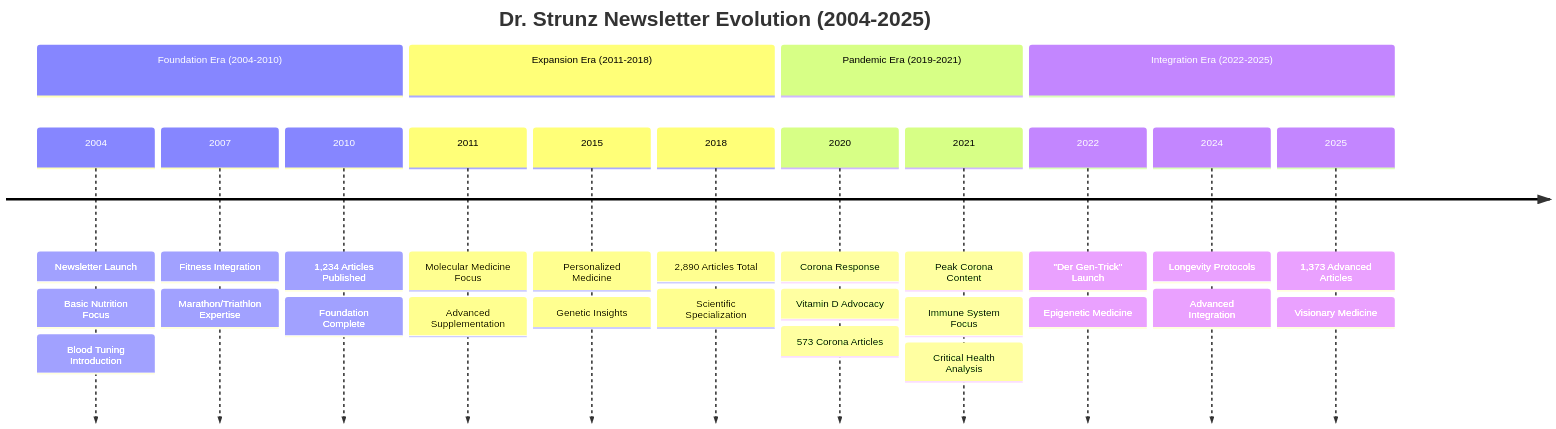
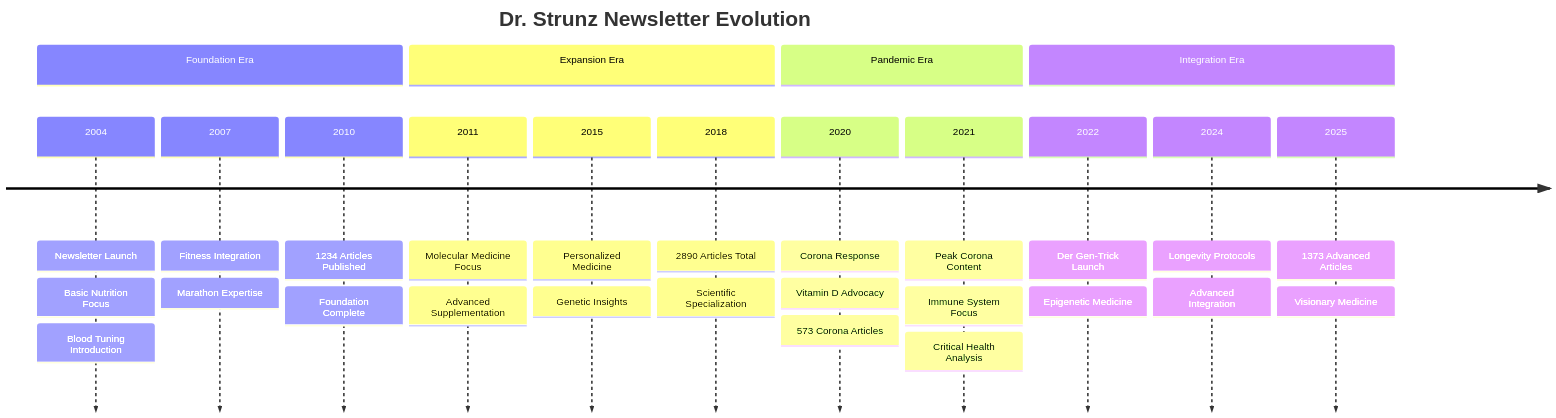
Before and after one commit to longevitycoach/StrunzKnowledge: the sixth of 19 diagrams in README.md, drawn with Mermaid. The commit also changed other lines of this file, not shown here.

First line of the commit message:
fix: Correct mermaid diagram syntax errors in README

````diff
--- a/README.md
+++ b/README.md
@@ -336,37 +336,37 @@
 ```mermaid
 timeline
-    title Dr. Strunz Newsletter Evolution (2004-2025)
+    title Dr. Strunz Newsletter Evolution
     
-    section Foundation Era (2004-2010)
+    section Foundation Era
     2004 : Newsletter Launch
          : Basic Nutrition Focus
          : Blood Tuning Introduction
     2007 : Fitness Integration
-         : Marathon/Triathlon Expertise
-    2010 : 1,234 Articles Published
+         : Marathon Expertise
+    2010 : 1234 Articles Published
          : Foundation Complete
     
-    section Expansion Era (2011-2018)
+    section Expansion Era
     2011 : Molecular Medicine Focus
          : Advanced Supplementation
     2015 : Personalized Medicine
          : Genetic Insights
-    2018 : 2,890 Articles Total
+    2018 : 2890 Articles Total
          : Scientific Specialization
     
-    section Pandemic Era (2019-2021)
+    section Pandemic Era
     2020 : Corona Response
          : Vitamin D Advocacy
          : 573 Corona Articles
     2021 : Peak Corona Content
          : Immune System Focus
          : Critical Health Analysis
     
-    section Integration Era (2022-2025)
-    2022 : "Der Gen-Trick" Launch
+    section Integration Era
+    2022 : Der Gen-Trick Launch
          : Epigenetic Medicine
     2024 : Longevity Protocols
          : Advanced Integration
-    2025 : 1,373 Advanced Articles
+    2025 : 1373 Advanced Articles
          : Visionary Medicine
 ```
````
